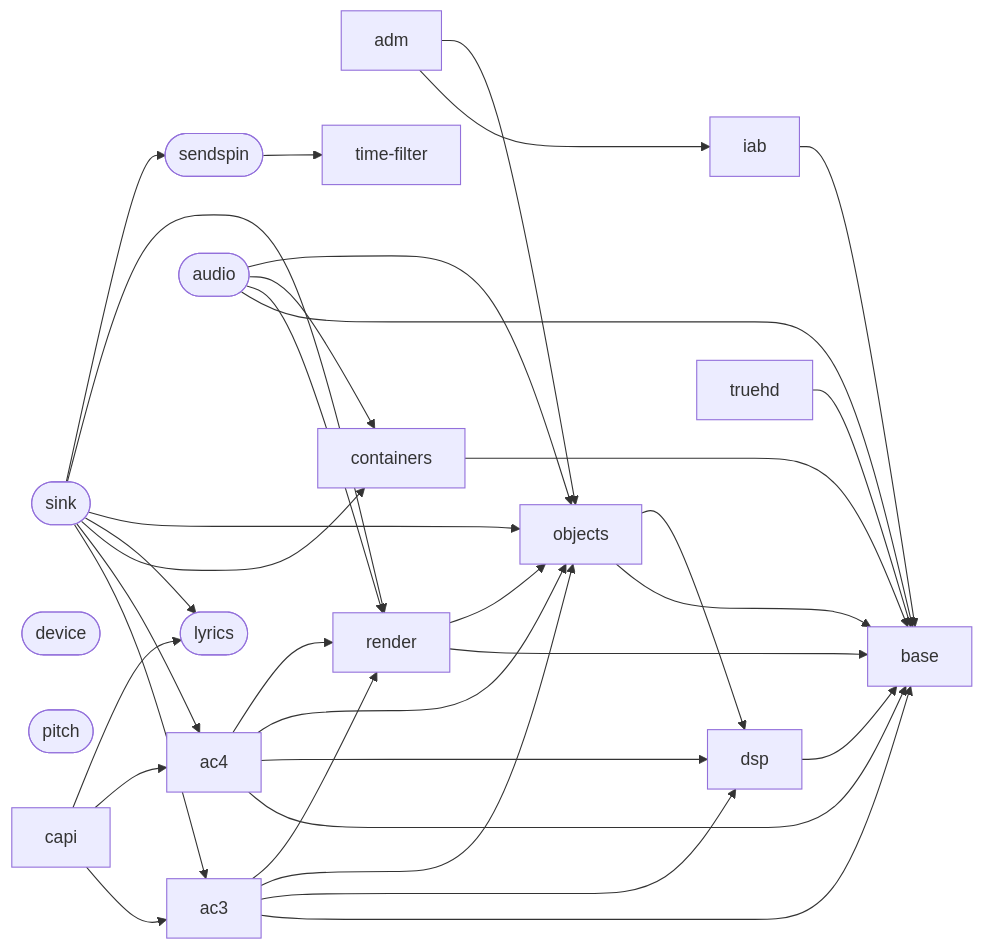
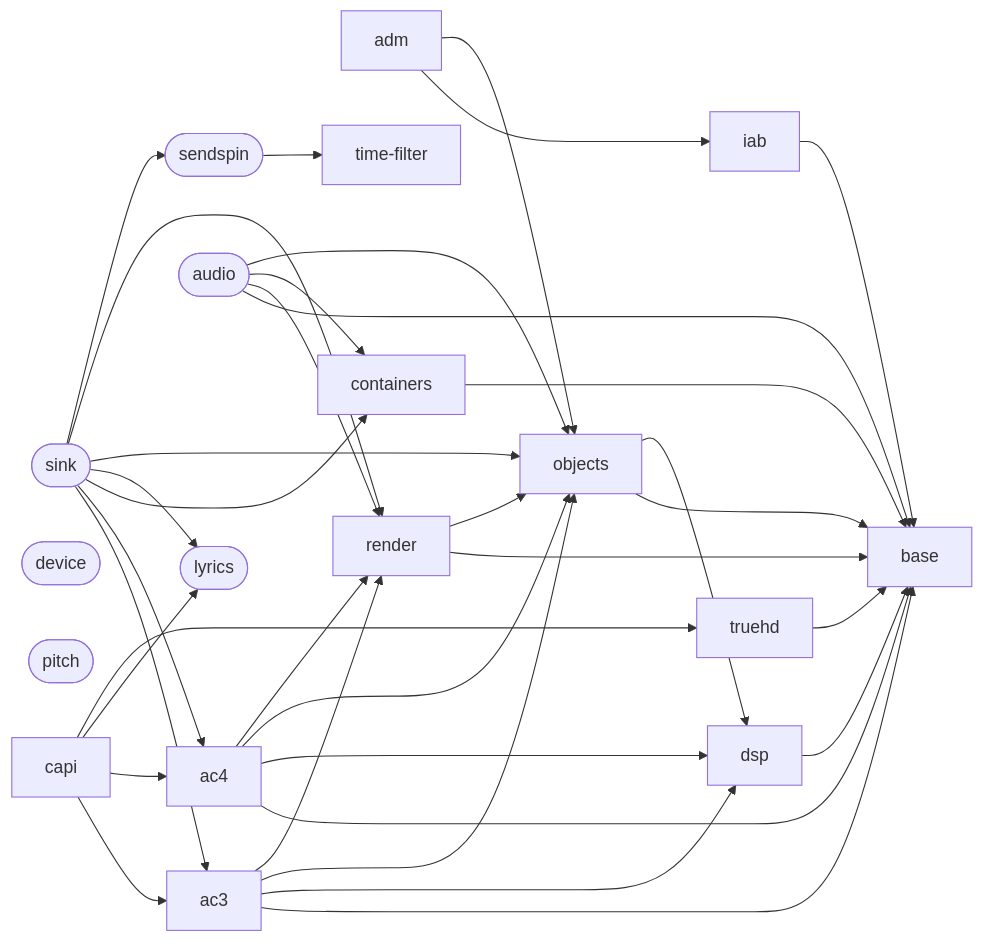
One commit to iainchesworthlabs/iclforge changed the diagram in docs/projects.md. Above: the diagram before and after it, drawn with Mermaid. The commit also changed other lines of this file and 16 other files, not shown here.

````diff
--- a/docs/projects.md
+++ b/docs/projects.md
@@ -106,54 +106,55 @@
 ```mermaid
 flowchart LR
     ac3["ac3"]
     ac4["ac4"]
     adm["adm"]
     audio(["audio"])
     base["base"]
     capi["capi"]
     containers["containers"]
     device(["device"])
     dsp["dsp"]
     iab["iab"]
     lyrics(["lyrics"])
     objects["objects"]
     pitch(["pitch"])
     render["render"]
     sendspin(["sendspin"])
     sink(["sink"])
     time_filter["time-filter"]
     truehd["truehd"]
     ac3 --> base
     ac3 --> dsp
     ac3 --> objects
     ac3 --> render
     ac4 --> base
     ac4 --> dsp
     ac4 --> objects
     ac4 --> render
     adm --> iab
     adm --> objects
     audio --> base
     audio --> render
     audio --> containers
     audio --> objects
     capi --> ac3
     capi --> ac4
     capi --> lyrics
+    capi --> truehd
     containers --> base
     dsp --> base
     iab --> base
     objects --> base
     objects --> dsp
     render --> base
     render --> objects
     sendspin --> time_filter
     sink --> ac3
     sink --> ac4
     sink --> containers
     sink --> lyrics
     sink --> objects
     sink --> render
     sink --> sendspin
     truehd --> base
 ```
````
